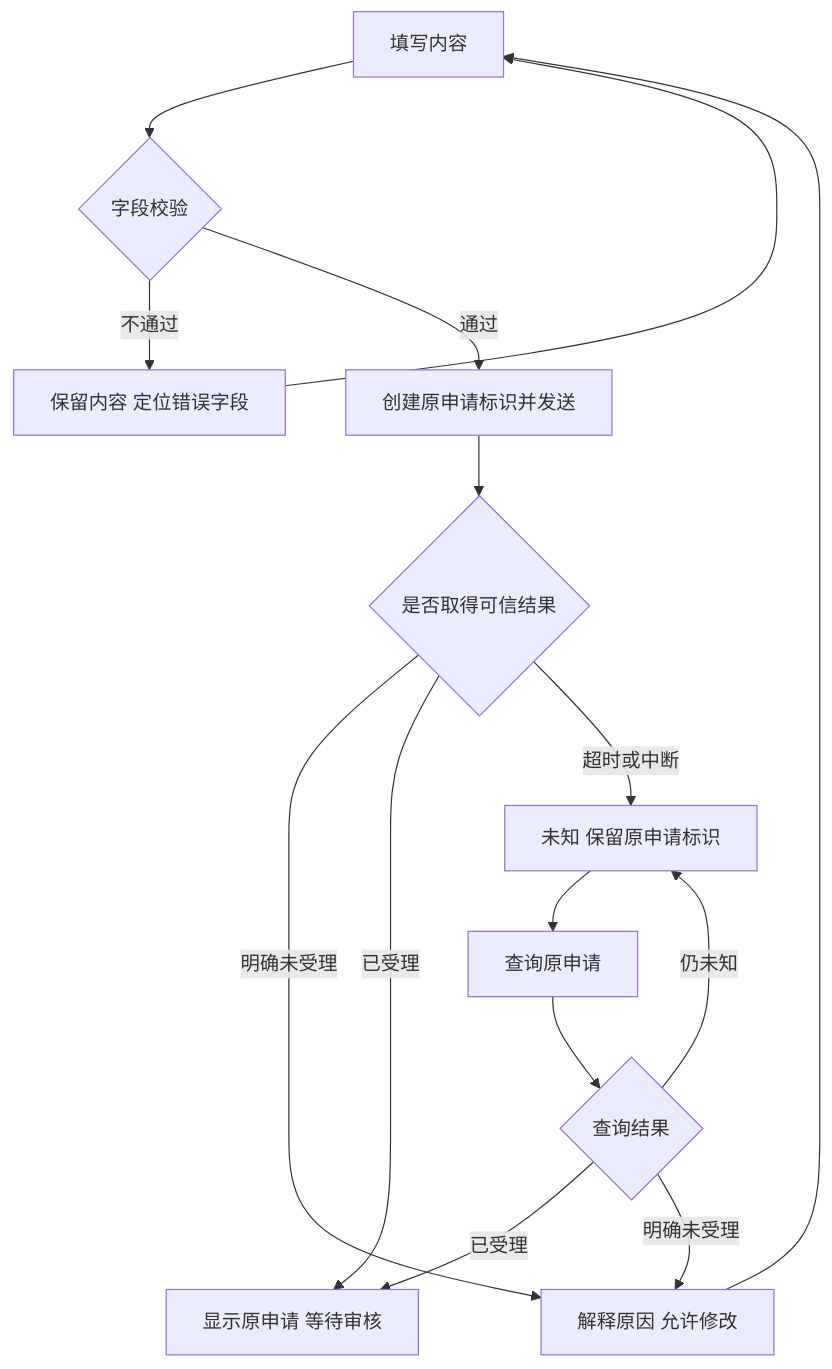
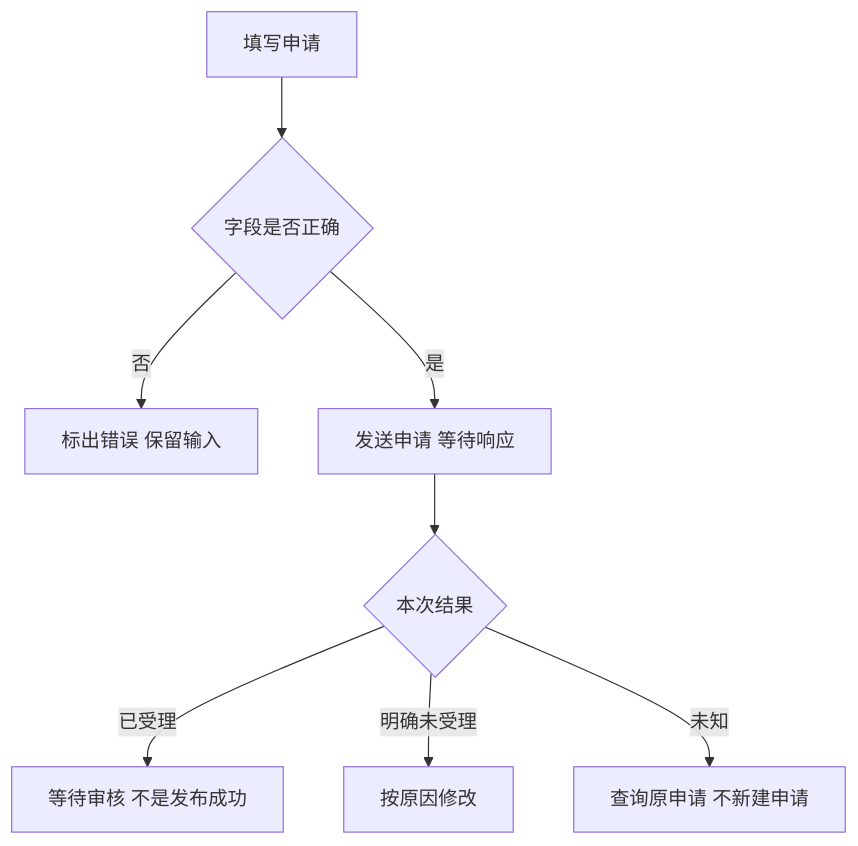
The diagram in content/articles/form-validation-submit-feedback.md (micjordan9527/game), drawn with Mermaid before and after one commit. The commit also changed other lines of this file and 15 other files, not shown here.

````diff
--- a/content/articles/form-validation-submit-feedback.md
+++ b/content/articles/form-validation-submit-feedback.md
@@ -50,17 +41,10 @@
 ```mermaid
 flowchart TD
-  A[填写内容] --> B{字段校验}
-  B -->|不通过| C[保留内容 定位错误字段]
-  C --> A
-  B -->|通过| D[创建原申请标识并发送]
-  D --> E{是否取得可信结果}
-  E -->|明确未受理| F[解释原因 允许修改]
-  F --> A
-  E -->|已受理| G[显示原申请 等待审核]
-  E -->|超时或中断| H[未知 保留原申请标识]
-  H --> I[查询原申请]
-  I --> J{查询结果}
-  J -->|已受理| G
-  J -->|仍未知| H
-  J -->|明确未受理| F
+  A[填写申请] --> B{字段是否正确}
+  B -->|否| C[标出错误 保留输入]
+  B -->|是| D[发送申请 等待响应]
+  D --> E{本次结果}
+  E -->|已受理| F[等待审核 不是发布成功]
+  E -->|明确未受理| G[按原因修改]
+  E -->|未知| H[查询原申请 不新建申请]
 ```
````
